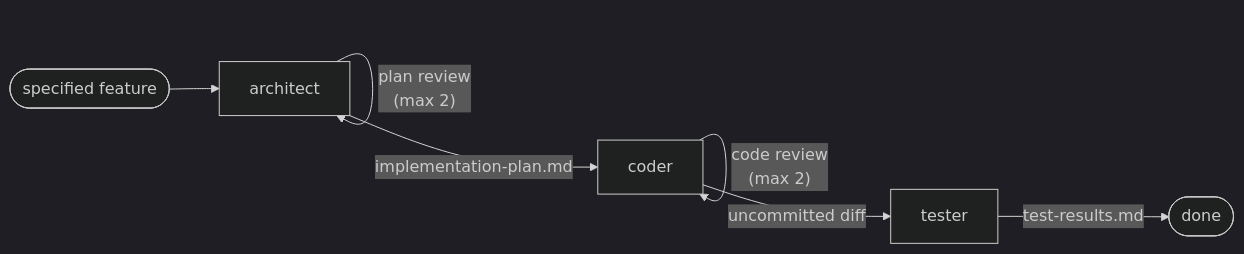
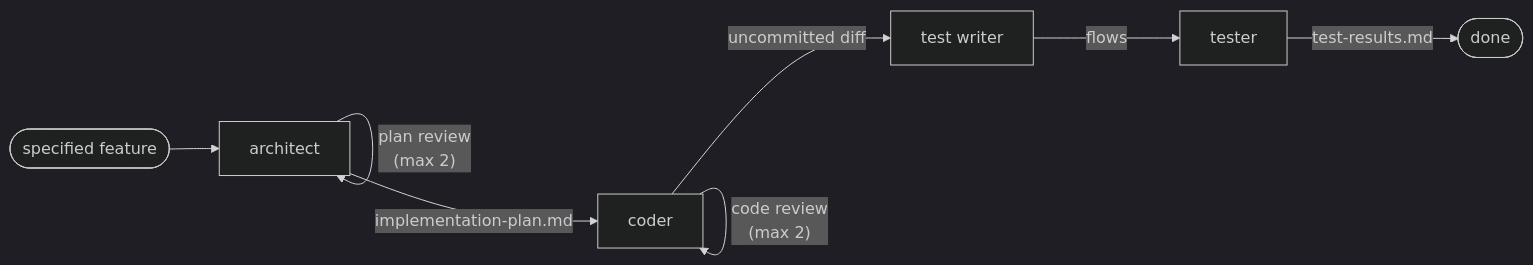
The fourth of 4 diagrams in README.md (jaxvy/agentic-dev-team), drawn with Mermaid (dark theme) before and after one commit. The commit also changed other lines of this file and 15 other files, not shown here.

First line of the commit message:
Add the Test Writer, and run device tests as flows with no model

````diff
--- a/README.md
+++ b/README.md
@@ -146,9 +154,10 @@
 ```mermaid
 flowchart LR
   I(["specified feature"]) --> AR["architect"]
   AR -->|"plan review<br/>(max 2)"| AR
   AR -->|"implementation-plan.md"| CO["coder"]
   CO -->|"code review<br/>(max 2)"| CO
-  CO -->|"uncommitted diff"| TE["tester"]
+  CO -->|"uncommitted diff"| TW["test writer"]
+  TW -->|"flows"| TE["tester"]
   TE -->|"test-results.md"| E(["done"])
 ```
````
